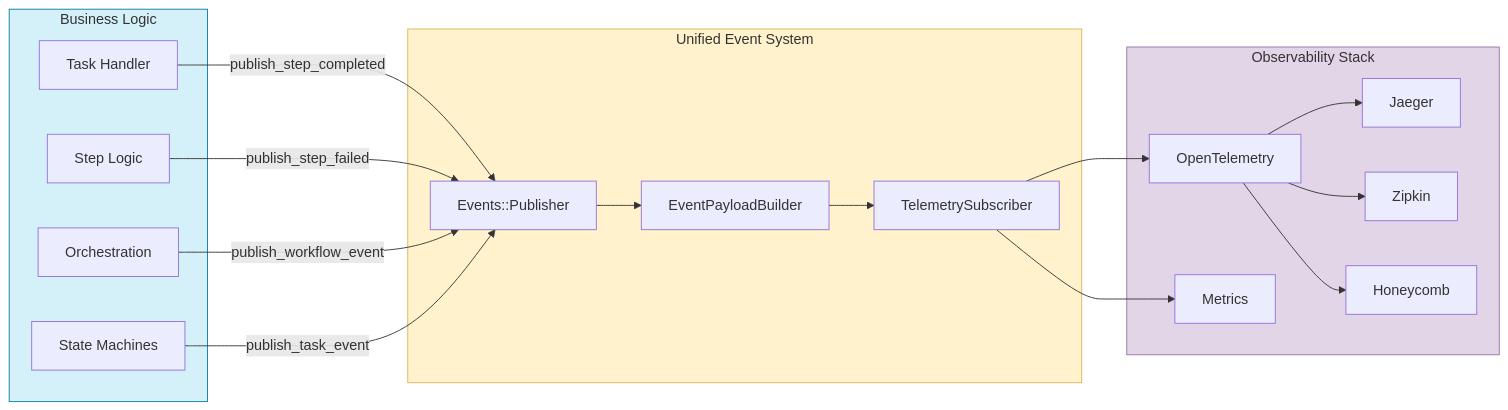
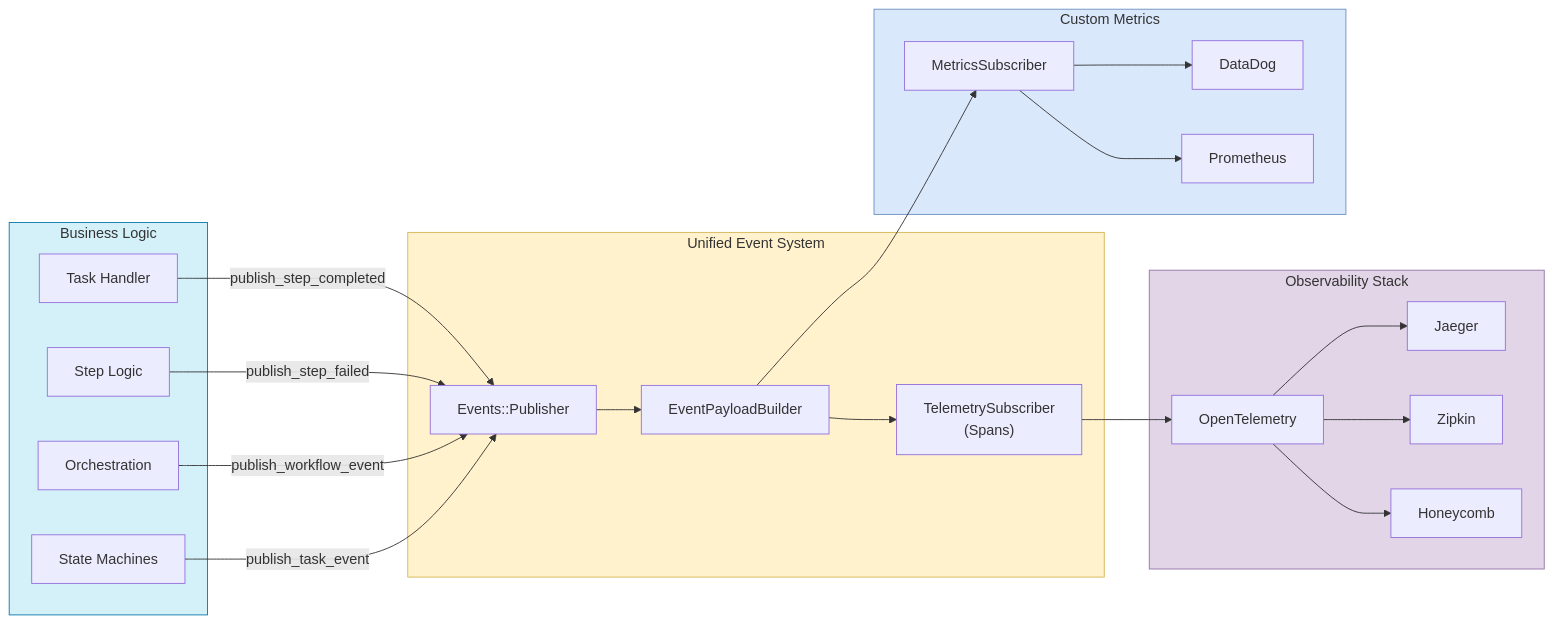
The second of 2 diagrams in docs/TELEMETRY.md (jcoletaylor/tasker), drawn with Mermaid before and after one commit. The commit also changed other lines of this file and 181 other files, not shown here.

````diff
--- a/docs/TELEMETRY.md
+++ b/docs/TELEMETRY.md
@@ -35,44 +83,55 @@
 ```mermaid
 flowchart LR
     subgraph Business["Business Logic"]
         TaskHandler["Task Handler"]
         StepLogic["Step Logic"]
         Orchestration["Orchestration"]
         StateMachine["State Machines"]
     end
 
     subgraph EventSystem["Unified Event System"]
         Publisher["Events::Publisher"]
         PayloadBuilder["EventPayloadBuilder"]
-        TelemetrySubscriber["TelemetrySubscriber"]
+        TelemetrySubscriber["TelemetrySubscriber<br/>(Spans)"]
     end
 
     subgraph Observability["Observability Stack"]
         OpenTelemetry["OpenTelemetry"]
         Jaeger["Jaeger"]
         Zipkin["Zipkin"]
         Honeycomb["Honeycomb"]
-        Metrics["Metrics"]
+    end
+
+    subgraph CustomMetrics["Custom Metrics"]
+        MetricsSubscriber["MetricsSubscriber"]
+        DataDog["DataDog"]
+        Prometheus["Prometheus"]
     end
 
     TaskHandler -->|publish_step_completed| Publisher
     StepLogic -->|publish_step_failed| Publisher
     Orchestration -->|publish_workflow_event| Publisher
     StateMachine -->|publish_task_event| Publisher
 
     Publisher --> PayloadBuilder
     PayloadBuilder --> TelemetrySubscriber
+    PayloadBuilder --> MetricsSubscriber
+
     TelemetrySubscriber --> OpenTelemetry
     OpenTelemetry --> Jaeger
     OpenTelemetry --> Zipkin
     OpenTelemetry --> Honeycomb
-    TelemetrySubscriber --> Metrics
+
+    MetricsSubscriber --> DataDog
+    MetricsSubscriber --> Prometheus
 
     classDef business fill:#d4f1f9,stroke:#0b79a8
     classDef events fill:#fff2cc,stroke:#d6b656
     classDef observability fill:#e1d5e7,stroke:#9673a6
+    classDef metrics fill:#dae8fc,stroke:#6c8ebf
 
     class Business business
     class EventSystem events
     class Observability observability
+    class CustomMetrics metrics
 ```
````
